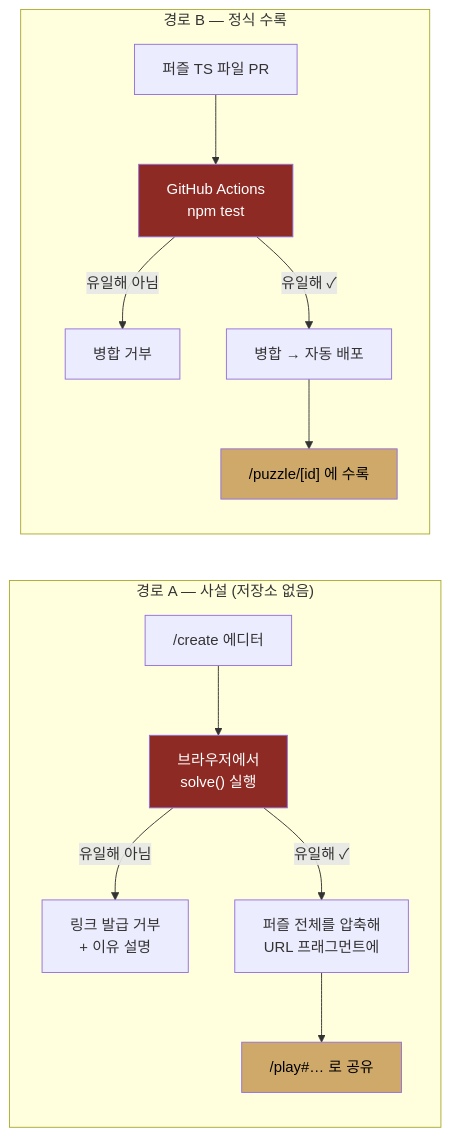
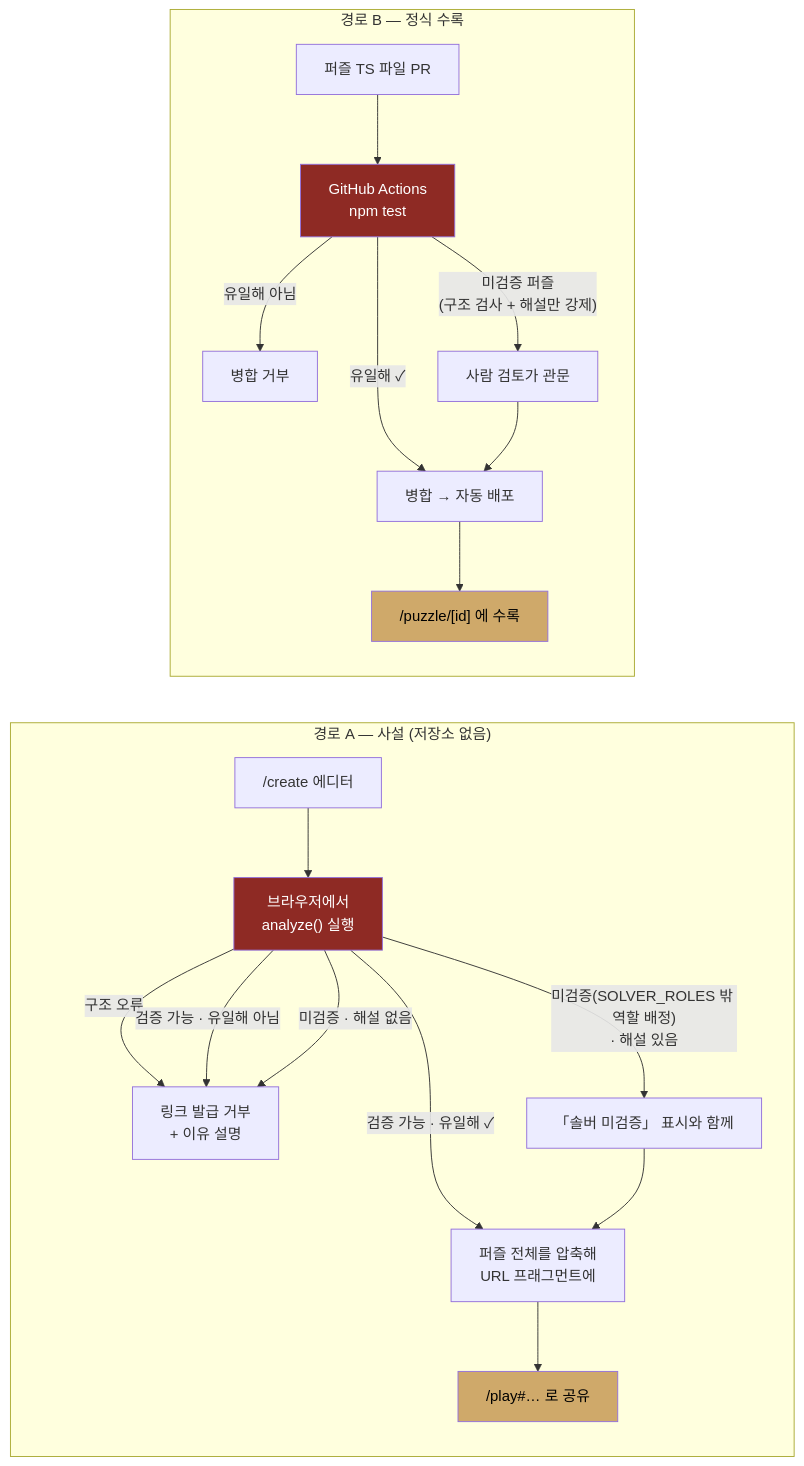
Before and after one commit to LeeSongHeon-LSH/clocktower-puzzles: the fifth of 8 diagrams in docs/STACK.md, drawn with Mermaid. The commit also changed other lines of this file and 11 other files, not shown here.

````diff
--- a/docs/STACK.md
+++ b/docs/STACK.md
@@ -135,23 +135,29 @@
 ```mermaid
 flowchart LR
   subgraph A["경로 A — 사설 (저장소 없음)"]
     direction TB
-    A1["/create 에디터"] --> A2["브라우저에서<br/>solve() 실행"]
-    A2 -->|"유일해 아님"| A3["링크 발급 거부<br/>+ 이유 설명"]
-    A2 -->|"유일해 ✓"| A4["퍼즐 전체를 압축해<br/>URL 프래그먼트에"]
+    A1["/create 에디터"] --> A2["브라우저에서<br/>analyze() 실행"]
+    A2 -->|"구조 오류"| A3["링크 발급 거부<br/>+ 이유 설명"]
+    A2 -->|"검증 가능 · 유일해 아님"| A3
+    A2 -->|"검증 가능 · 유일해 ✓"| A4["퍼즐 전체를 압축해<br/>URL 프래그먼트에"]
+    A2 -->|"미검증 · 해설 없음"| A3
+    A2 -->|"미검증(SOLVER_ROLES 밖 역할 배정)<br/>· 해설 있음"| A6["「솔버 미검증」 표시와 함께"]
+    A6 --> A4
     A4 --> A5["/play#… 로 공유"]
   end
 
   subgraph B["경로 B — 정식 수록"]
     direction TB
     B1["퍼즐 TS 파일 PR"] --> B2["GitHub Actions<br/>npm test"]
     B2 -->|"유일해 아님"| B3["병합 거부"]
     B2 -->|"유일해 ✓"| B4["병합 → 자동 배포"]
+    B2 -->|"미검증 퍼즐<br/>(구조 검사 + 해설만 강제)"| B6["사람 검토가 관문"]
+    B6 --> B4
     B4 --> B5["/puzzle/[id] 에 수록"]
   end
 
   style A2 fill:#8e2a24,color:#fff
   style B2 fill:#8e2a24,color:#fff
   style A5 fill:#cfa96a,color:#000
   style B5 fill:#cfa96a,color:#000
 ```
````
